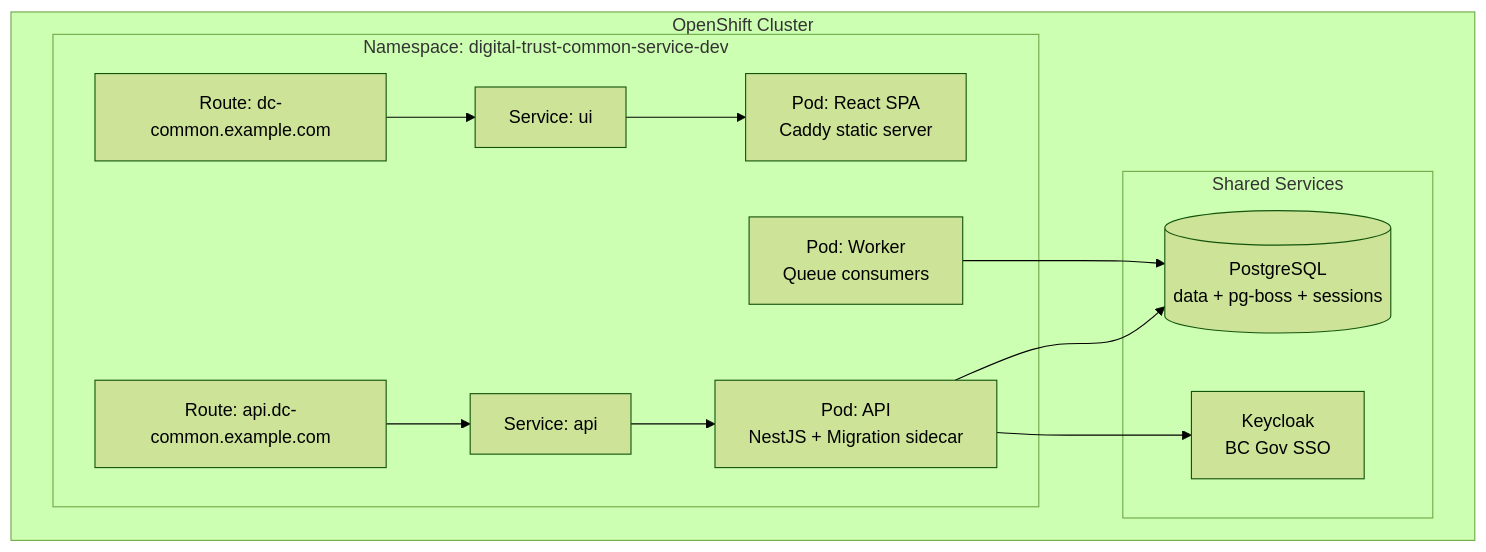
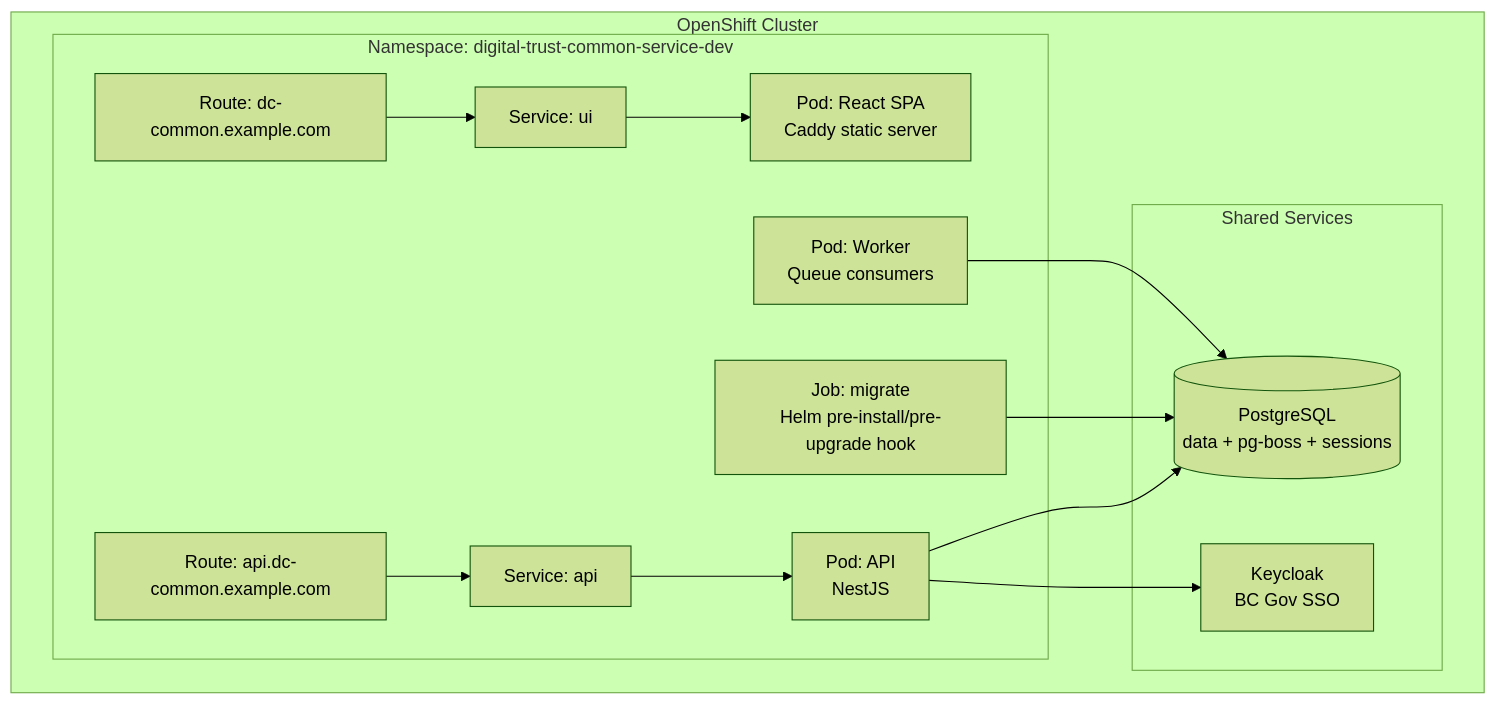
One commit to bcgov/digital-trust-common-service changed diagram 18 of 22 in docs/ARCHITECTURE.md. Above: the diagram before and after it, drawn with Mermaid (forest theme). The commit also changed other lines of this file and 41 other files, not shown here.

````diff
--- a/docs/ARCHITECTURE.md
+++ b/docs/ARCHITECTURE.md
@@ -1402,25 +1402,27 @@
 ```mermaid
 graph TB
     subgraph "OpenShift Cluster"
         subgraph "Namespace: digital-trust-common-service-dev"
-            POD_API[Pod: API<br/>NestJS + Migration sidecar]
+            POD_API[Pod: API<br/>NestJS]
+            JOB_MIGRATE[Job: migrate<br/>Helm pre-install/pre-upgrade hook]
             POD_WORKER[Pod: Worker<br/>Queue consumers]
             POD_UI[Pod: React SPA<br/>Caddy static server]
             SVC_API[Service: api]
             SVC_UI[Service: ui]
             ROUTE_API[Route: api.dc-common.example.com]
             ROUTE_UI[Route: dc-common.example.com]
         end
 
         subgraph "Shared Services"
             PG_POD[(PostgreSQL<br/>data + pg-boss + sessions)]
             KC_POD[Keycloak<br/>BC Gov SSO]
         end
     end
 
     ROUTE_UI --> SVC_UI --> POD_UI
     ROUTE_API --> SVC_API --> POD_API
     POD_API --> PG_POD
+    JOB_MIGRATE --> PG_POD
     POD_WORKER --> PG_POD
     POD_API --> KC_POD
 ```
````
